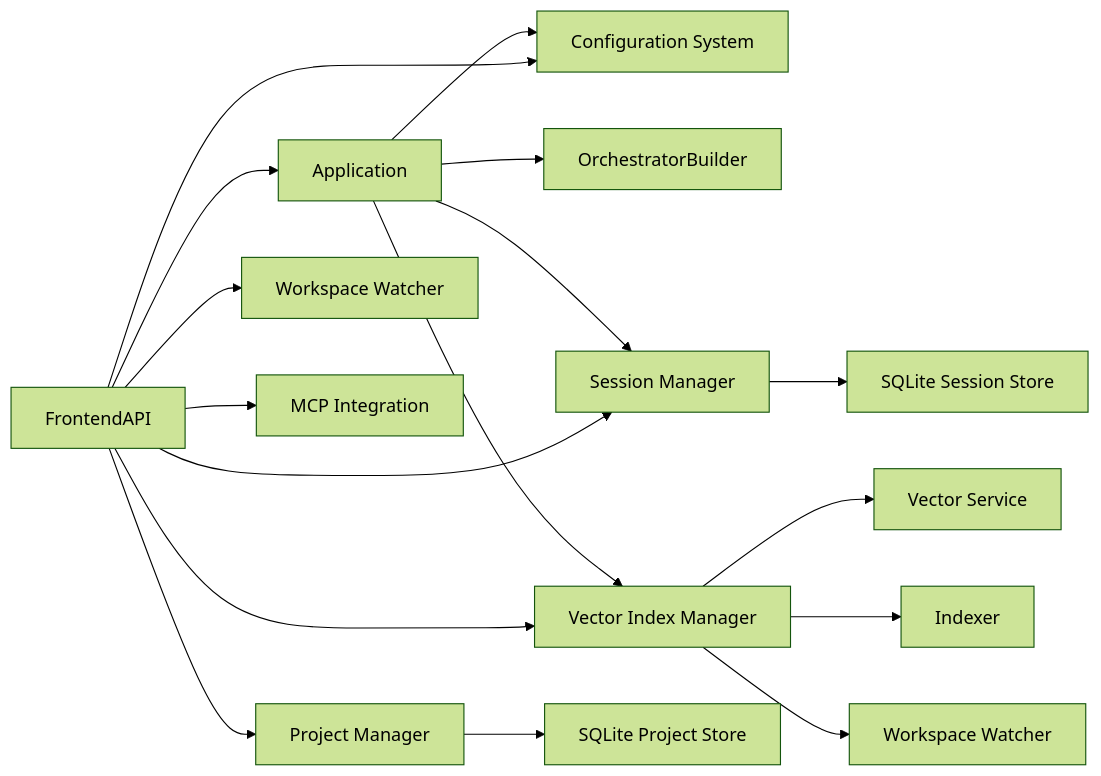
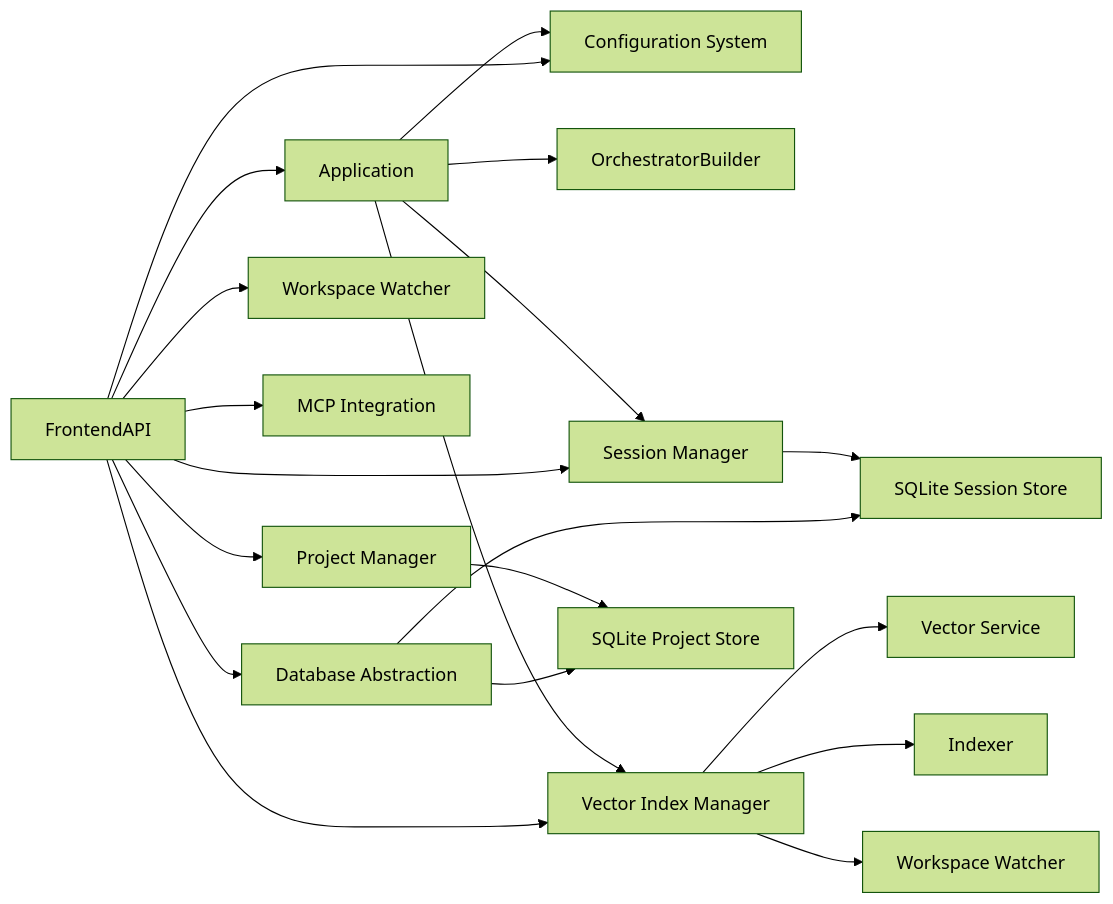
Before and after one commit to v0lka/c0wrk: the third of 3 diagrams in .qoder/repowiki/en/content/Architecture/Backend Services Architecture.md, drawn with Mermaid (forest theme). The commit also changed other lines of this file and 35 other files, not shown here.

````diff
--- a/.qoder/repowiki/en/content/Architecture/Backend Services Architecture.md
+++ b/.qoder/repowiki/en/content/Architecture/Backend Services Architecture.md
@@ -297,19 +331,22 @@
 ```mermaid
 graph LR
 APP["Application"] --> CFG["Configuration System"]
 APP --> BLD["OrchestratorBuilder"]
 APP --> SM["Session Manager"]
 APP --> VIM["Vector Index Manager"]
 FAPI["FrontendAPI"] --> APP
 FAPI --> CFG
 FAPI --> SM
 FAPI --> PM["Project Manager"]
 FAPI --> VIM
 FAPI --> WS["Workspace Watcher"]
 FAPI --> MCP["MCP Integration"]
+FAPI --> DB["Database Abstraction"]
 SM --> SST["SQLite Session Store"]
 PM --> PST["SQLite Project Store"]
+DB --> SST
+DB --> PST
 VIM --> SVC["Vector Service"]
 VIM --> IDX["Indexer"]
 VIM --> WW["Workspace Watcher"]
 ```
````
